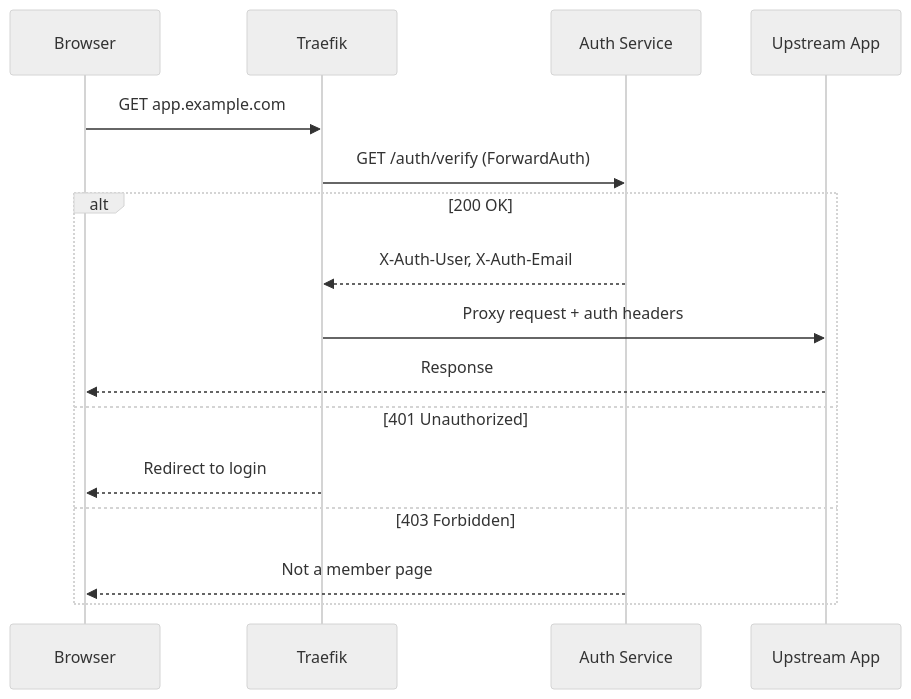
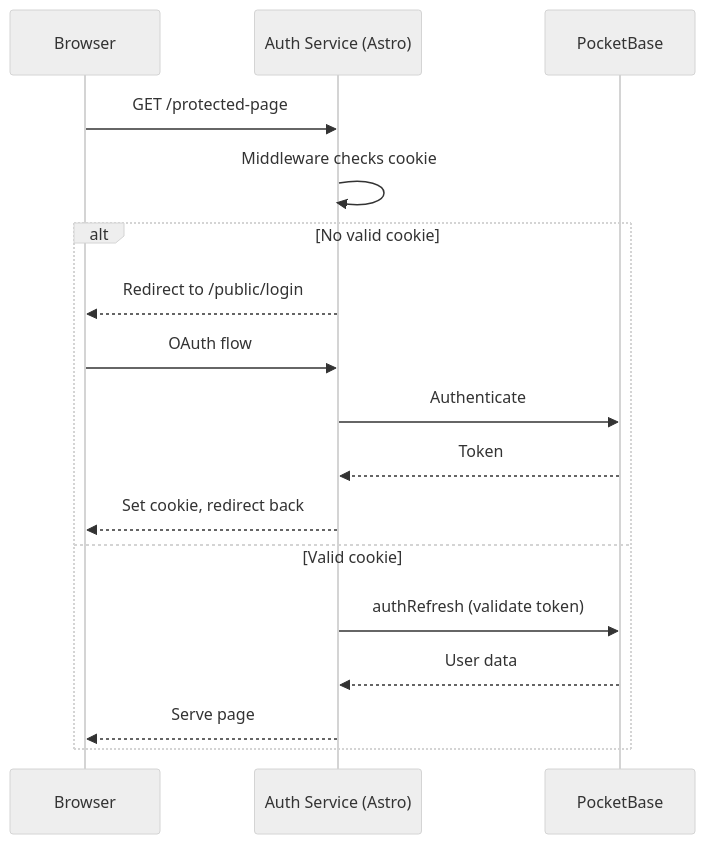
One commit to levino/pocketbase-auth changed the diagram in README.md. Above: the diagram before and after it, drawn with Mermaid (neutral theme). The commit also changed other lines of this file and 58 other files, not shown here.

First line of the commit message:
Refactor login into web components with Effect middleware

````diff
--- a/README.md
+++ b/README.md
@@ -158,19 +7,20 @@
 ```mermaid
 sequenceDiagram
     participant B as Browser
-    participant T as Traefik
-    participant A as Auth Service
-    participant U as Upstream App
+    participant A as Auth Service (Astro)
+    participant PB as PocketBase
 
-    B->>T: GET app.example.com
-    T->>A: GET /auth/verify (ForwardAuth)
-    alt 200 OK
-        A-->>T: X-Auth-User, X-Auth-Email
-        T->>U: Proxy request + auth headers
-        U-->>B: Response
-    else 401 Unauthorized
-        T-->>B: Redirect to login
-    else 403 Forbidden
-        A-->>B: Not a member page
+    B->>A: GET /protected-page
+    A->>A: Middleware checks cookie
+    alt No valid cookie
+        A-->>B: Redirect to /public/login
+        B->>A: OAuth flow
+        A->>PB: Authenticate
+        PB-->>A: Token
+        A-->>B: Set cookie, redirect back
+    else Valid cookie
+        A->>PB: authRefresh (validate token)
+        PB-->>A: User data
+        A-->>B: Serve page
     end
 ```
````
